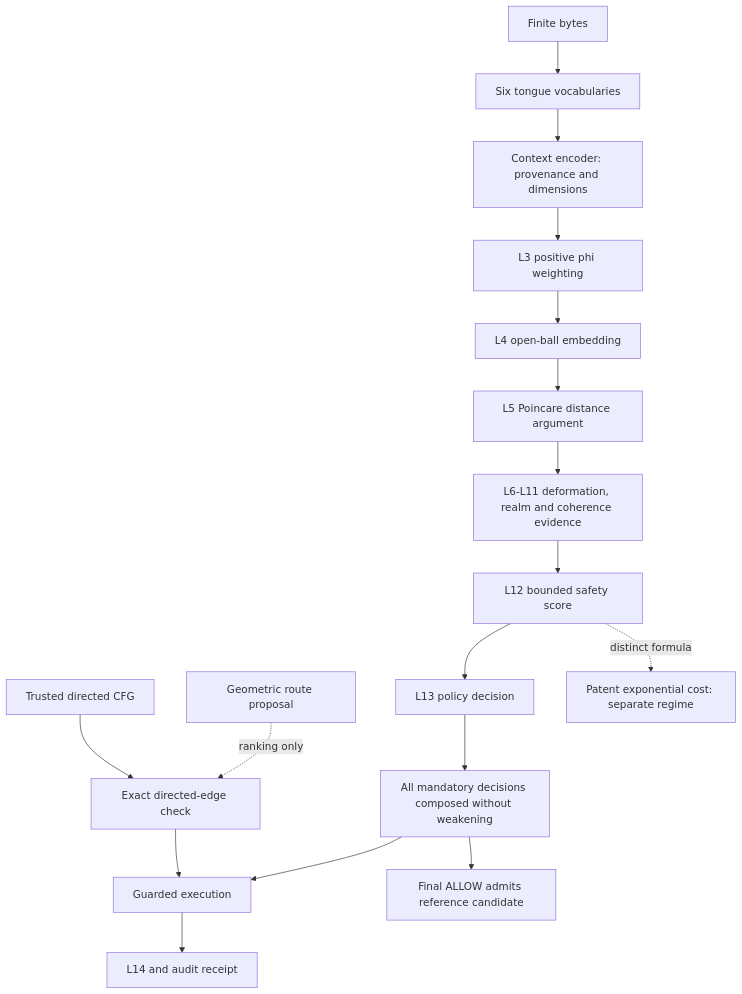
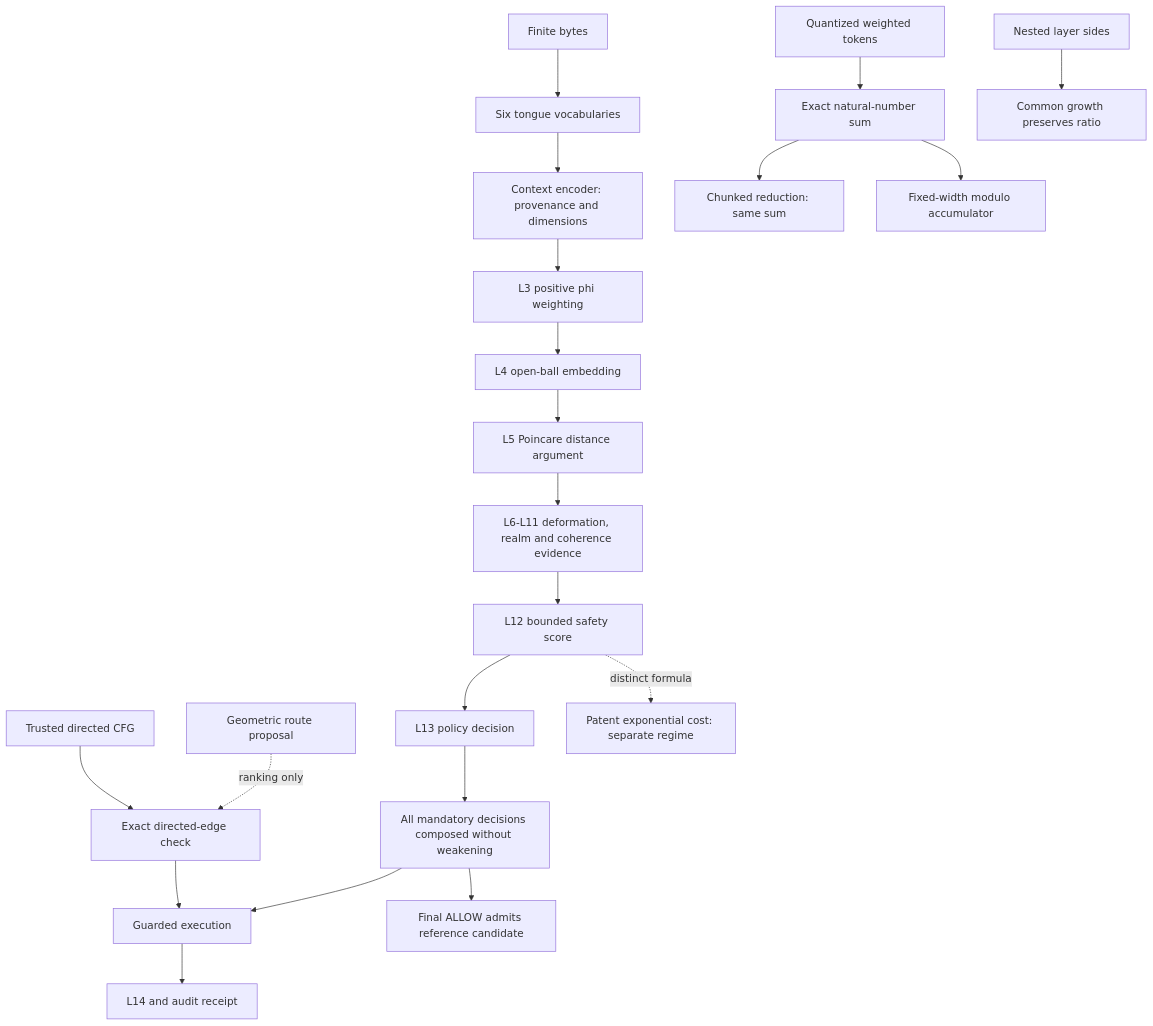
Before and after one commit to issdandavis/SCBE-AETHERMOORE: the diagram in formal/lean/SYSTEM_MAP.md, drawn with Mermaid. The commit also changed other lines of this file and 13 other files, not shown here.

````diff
--- a/formal/lean/SYSTEM_MAP.md
+++ b/formal/lean/SYSTEM_MAP.md
@@ -8,19 +8,23 @@
 ```mermaid
 flowchart TD
     B[Finite bytes] --> T[Six tongue vocabularies]
     T --> C[Context encoder: provenance and dimensions]
     C --> W[L3 positive phi weighting]
     W --> E[L4 open-ball embedding]
     E --> G[L5 Poincare distance argument]
     G --> D[L6-L11 deformation, realm and coherence evidence]
     D --> H[L12 bounded safety score]
     H --> P[L13 policy decision]
     P --> A[All mandatory decisions composed without weakening]
     CFG[Trusted directed CFG] --> EDGE[Exact directed-edge check]
     GEO[Geometric route proposal] -. ranking only .-> EDGE
     EDGE --> EXEC[Guarded execution]
     A --> EXEC
     A --> R[Final ALLOW admits reference candidate]
     EXEC --> LOG[L14 and audit receipt]
     H -. distinct formula .-> COST[Patent exponential cost: separate regime]
+    TOK[Quantized weighted tokens] --> NAT[Exact natural-number sum]
+    NAT --> CHUNK[Chunked reduction: same sum]
+    NAT --> WORD[Fixed-width modulo accumulator]
+    FIELD[Nested layer sides] --> RATIO[Common growth preserves ratio]
 ```
````
